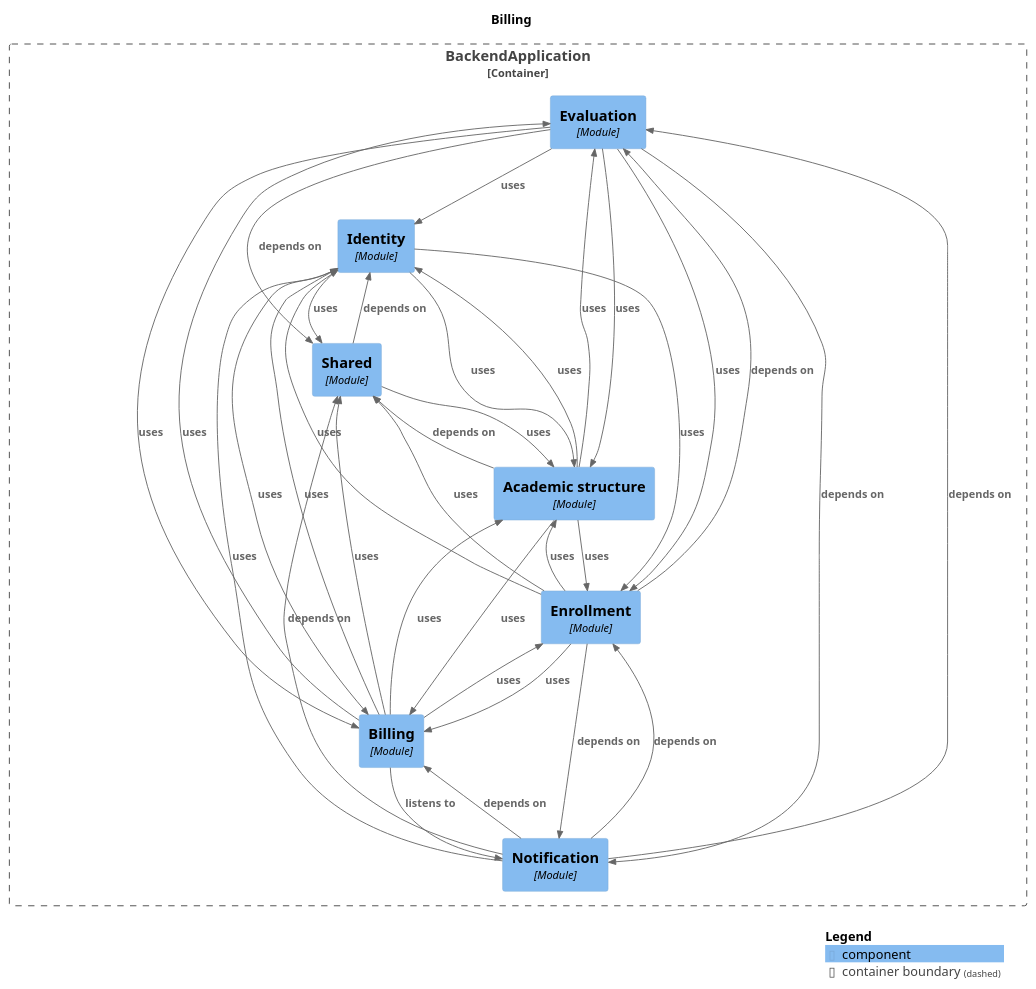
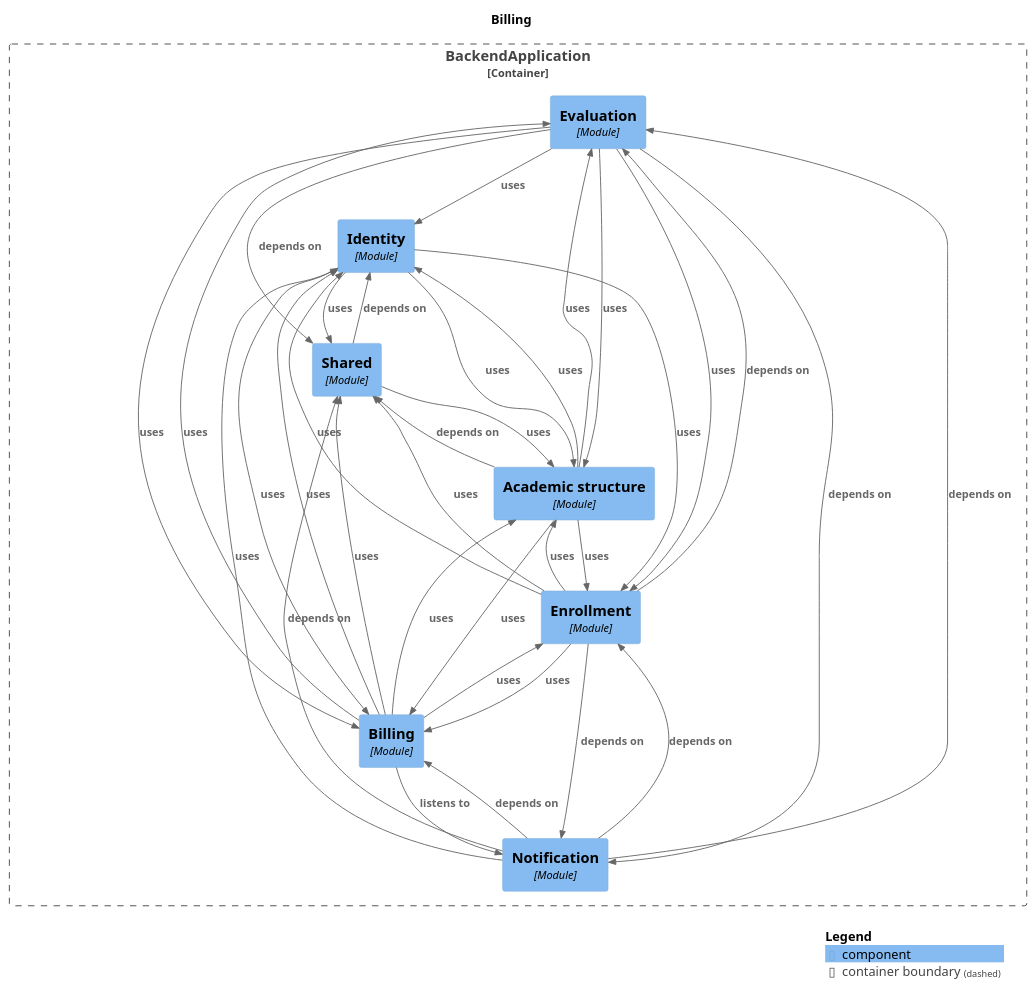
Before and after one commit to Gabriel030/agustina-bermejo-app: the diagram in docs/architecture/module-billing.puml, drawn with PlantUML. The commit also changed other lines of this file and 12 other files, not shown here.

```diff
--- a/docs/architecture/module-billing.puml
+++ b/docs/architecture/module-billing.puml
@@ -1,57 +1,57 @@
 @startuml
 set separator none
 title Billing
 
 top to bottom direction
 
 !include <C4/C4>
 !include <C4/C4_Context>
 !include <C4/C4_Component>
 
 Container_Boundary("BackendApplication.BackendApplication_boundary", "BackendApplication", $tags="") {
   Component(BackendApplication.BackendApplication.Evaluation, "Evaluation", $techn="Module", $descr="", $tags="", $link="")
   Component(BackendApplication.BackendApplication.Identity, "Identity", $techn="Module", $descr="", $tags="", $link="")
   Component(BackendApplication.BackendApplication.Notification, "Notification", $techn="Module", $descr="", $tags="", $link="")
   Component(BackendApplication.BackendApplication.Shared, "Shared", $techn="Module", $descr="", $tags="", $link="")
   Component(BackendApplication.BackendApplication.Academicstructure, "Academic structure", $techn="Module", $descr="", $tags="", $link="")
   Component(BackendApplication.BackendApplication.Billing, "Billing", $techn="Module", $descr="", $tags="", $link="")
   Component(BackendApplication.BackendApplication.Enrollment, "Enrollment", $techn="Module", $descr="", $tags="", $link="")
 }
 
+Rel(BackendApplication.BackendApplication.Enrollment, BackendApplication.BackendApplication.Academicstructure, "uses", $techn="", $tags="", $link="")
+Rel(BackendApplication.BackendApplication.Enrollment, BackendApplication.BackendApplication.Shared, "uses", $techn="", $tags="", $link="")
+Rel(BackendApplication.BackendApplication.Academicstructure, BackendApplication.BackendApplication.Shared, "depends on", $techn="", $tags="", $link="")
+Rel(BackendApplication.BackendApplication.Academicstructure, BackendApplication.BackendApplication.Enrollment, "uses", $techn="", $tags="", $link="")
+Rel(BackendApplication.BackendApplication.Academicstructure, BackendApplication.BackendApplication.Billing, "uses", $techn="", $tags="", $link="")
+Rel(BackendApplication.BackendApplication.Academicstructure, BackendApplication.BackendApplication.Identity, "uses", $techn="", $tags="", $link="")
+Rel(BackendApplication.BackendApplication.Academicstructure, BackendApplication.BackendApplication.Evaluation, "uses", $techn="", $tags="", $link="")
+Rel(BackendApplication.BackendApplication.Billing, BackendApplication.BackendApplication.Notification, "listens to", $techn="", $tags="", $link="")
 Rel(BackendApplication.BackendApplication.Billing, BackendApplication.BackendApplication.Identity, "uses", $techn="", $tags="", $link="")
 Rel(BackendApplication.BackendApplication.Billing, BackendApplication.BackendApplication.Enrollment, "uses", $techn="", $tags="", $link="")
 Rel(BackendApplication.BackendApplication.Billing, BackendApplication.BackendApplication.Shared, "uses", $techn="", $tags="", $link="")
 Rel(BackendApplication.BackendApplication.Billing, BackendApplication.BackendApplication.Academicstructure, "uses", $techn="", $tags="", $link="")
 Rel(BackendApplication.BackendApplication.Billing, BackendApplication.BackendApplication.Evaluation, "uses", $techn="", $tags="", $link="")
+Rel(BackendApplication.BackendApplication.Shared, BackendApplication.BackendApplication.Identity, "depends on", $techn="", $tags="", $link="")
+Rel(BackendApplication.BackendApplication.Shared, BackendApplication.BackendApplication.Academicstructure, "uses", $techn="", $tags="", $link="")
 Rel(BackendApplication.BackendApplication.Identity, BackendApplication.BackendApplication.Shared, "uses", $techn="", $tags="", $link="")
 Rel(BackendApplication.BackendApplication.Identity, BackendApplication.BackendApplication.Billing, "uses", $techn="", $tags="", $link="")
 Rel(BackendApplication.BackendApplication.Identity, BackendApplication.BackendApplication.Enrollment, "uses", $techn="", $tags="", $link="")
 Rel(BackendApplication.BackendApplication.Identity, BackendApplication.BackendApplication.Academicstructure, "uses", $techn="", $tags="", $link="")
-Rel(BackendApplication.BackendApplication.Shared, BackendApplication.BackendApplication.Identity, "depends on", $techn="", $tags="", $link="")
-Rel(BackendApplication.BackendApplication.Shared, BackendApplication.BackendApplication.Academicstructure, "uses", $techn="", $tags="", $link="")
 Rel(BackendApplication.BackendApplication.Evaluation, BackendApplication.BackendApplication.Shared, "depends on", $techn="", $tags="", $link="")
 Rel(BackendApplication.BackendApplication.Evaluation, BackendApplication.BackendApplication.Notification, "depends on", $techn="", $tags="", $link="")
 Rel(BackendApplication.BackendApplication.Evaluation, BackendApplication.BackendApplication.Academicstructure, "uses", $techn="", $tags="", $link="")
 Rel(BackendApplication.BackendApplication.Evaluation, BackendApplication.BackendApplication.Identity, "uses", $techn="", $tags="", $link="")
 Rel(BackendApplication.BackendApplication.Evaluation, BackendApplication.BackendApplication.Enrollment, "uses", $techn="", $tags="", $link="")
 Rel(BackendApplication.BackendApplication.Evaluation, BackendApplication.BackendApplication.Billing, "uses", $techn="", $tags="", $link="")
-Rel(BackendApplication.BackendApplication.Enrollment, BackendApplication.BackendApplication.Evaluation, "depends on", $techn="", $tags="", $link="")
-Rel(BackendApplication.BackendApplication.Enrollment, BackendApplication.BackendApplication.Notification, "depends on", $techn="", $tags="", $link="")
-Rel(BackendApplication.BackendApplication.Enrollment, BackendApplication.BackendApplication.Billing, "uses", $techn="", $tags="", $link="")
-Rel(BackendApplication.BackendApplication.Enrollment, BackendApplication.BackendApplication.Identity, "uses", $techn="", $tags="", $link="")
-Rel(BackendApplication.BackendApplication.Enrollment, BackendApplication.BackendApplication.Academicstructure, "uses", $techn="", $tags="", $link="")
-Rel(BackendApplication.BackendApplication.Enrollment, BackendApplication.BackendApplication.Shared, "uses", $techn="", $tags="", $link="")
 Rel(BackendApplication.BackendApplication.Notification, BackendApplication.BackendApplication.Enrollment, "depends on", $techn="", $tags="", $link="")
 Rel(BackendApplication.BackendApplication.Notification, BackendApplication.BackendApplication.Billing, "depends on", $techn="", $tags="", $link="")
 Rel(BackendApplication.BackendApplication.Notification, BackendApplication.BackendApplication.Evaluation, "depends on", $techn="", $tags="", $link="")
 Rel(BackendApplication.BackendApplication.Notification, BackendApplication.BackendApplication.Shared, "depends on", $techn="", $tags="", $link="")
 Rel(BackendApplication.BackendApplication.Notification, BackendApplication.BackendApplication.Identity, "uses", $techn="", $tags="", $link="")
-Rel(BackendApplication.BackendApplication.Academicstructure, BackendApplication.BackendApplication.Shared, "depends on", $techn="", $tags="", $link="")
-Rel(BackendApplication.BackendApplication.Academicstructure, BackendApplication.BackendApplication.Enrollment, "uses", $techn="", $tags="", $link="")
-Rel(BackendApplication.BackendApplication.Academicstructure, BackendApplication.BackendApplication.Billing, "uses", $techn="", $tags="", $link="")
-Rel(BackendApplication.BackendApplication.Academicstructure, BackendApplication.BackendApplication.Identity, "uses", $techn="", $tags="", $link="")
-Rel(BackendApplication.BackendApplication.Academicstructure, BackendApplication.BackendApplication.Evaluation, "uses", $techn="", $tags="", $link="")
-Rel(BackendApplication.BackendApplication.Billing, BackendApplication.BackendApplication.Notification, "listens to", $techn="", $tags="", $link="")
+Rel(BackendApplication.BackendApplication.Enrollment, BackendApplication.BackendApplication.Evaluation, "depends on", $techn="", $tags="", $link="")
+Rel(BackendApplication.BackendApplication.Enrollment, BackendApplication.BackendApplication.Notification, "depends on", $techn="", $tags="", $link="")
+Rel(BackendApplication.BackendApplication.Enrollment, BackendApplication.BackendApplication.Billing, "uses", $techn="", $tags="", $link="")
+Rel(BackendApplication.BackendApplication.Enrollment, BackendApplication.BackendApplication.Identity, "uses", $techn="", $tags="", $link="")
 
 SHOW_LEGEND(true)
 @enduml
```
